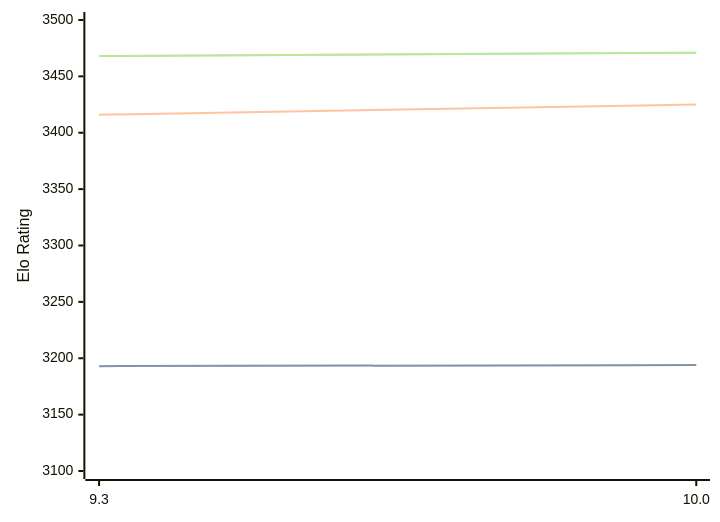
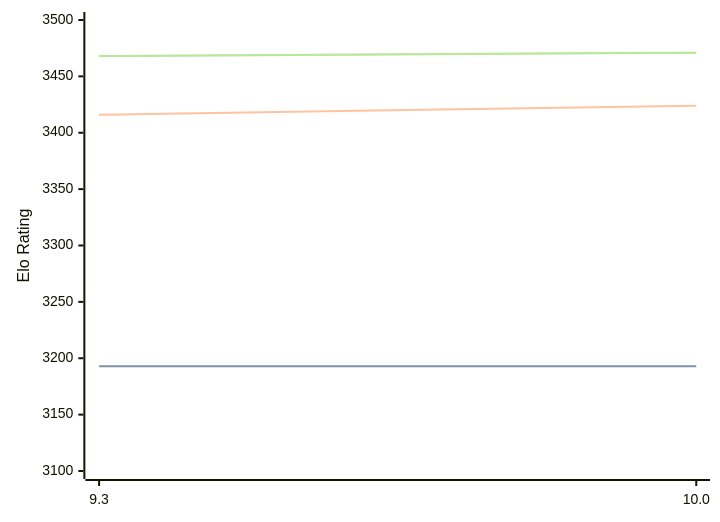
Before and after one commit to computer-chess-index/cci: the diagram in engines/Fire.md, drawn with Mermaid. The commit also changed other lines of this file, not shown here.

Commit message:
Update CCI Ratings (ELO VLTC) - 2026-03-03

````diff
--- a/engines/Fire.md
+++ b/engines/Fire.md
@@ -45,11 +45,11 @@
 ```mermaid
 %%{init: {"theme":"base","themeVariables":{"seriesColors:['#a3a3a3','#222221','#faa371']}}}%%
 xychart-beta
   x-axis ["9.3", "10.0"]
   y-axis "Elo Rating" 3100 --> 3500
-  line "STC (8.0+0.08s)" [3193, 3194]
-  line "STC (8.0+0.08s)" [3193, 3194]
-  line "LTC (60.0+0.60s)" [3416, 3425]
+  line "STC (8.0+0.08s)" [3193, 3193]
+  line "STC (8.0+0.08s)" [3193, 3193]
+  line "LTC (60.0+0.60s)" [3416, 3424]
   line "VLTC (2m24s+1.12s)" [3468, 3471]
   line "VLTC (2m24s+1.12s)" [3468, 3471]
 ```
````
